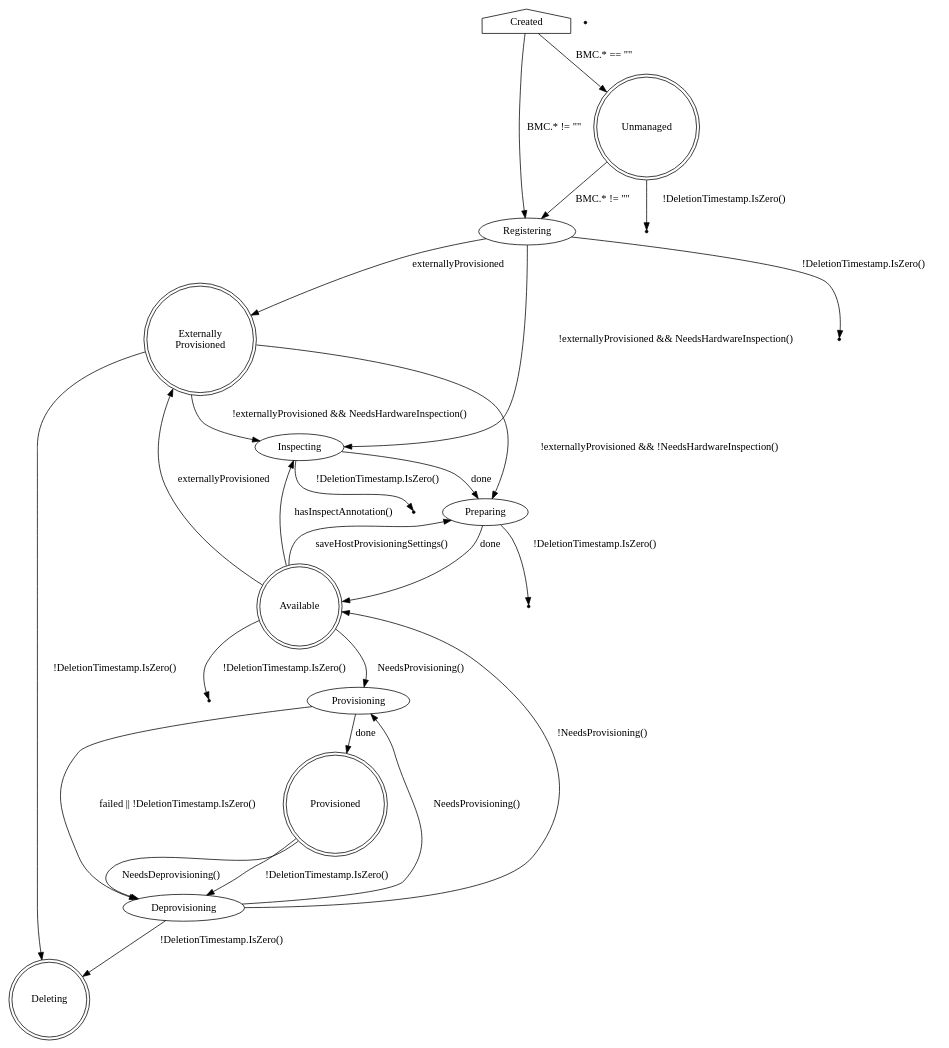
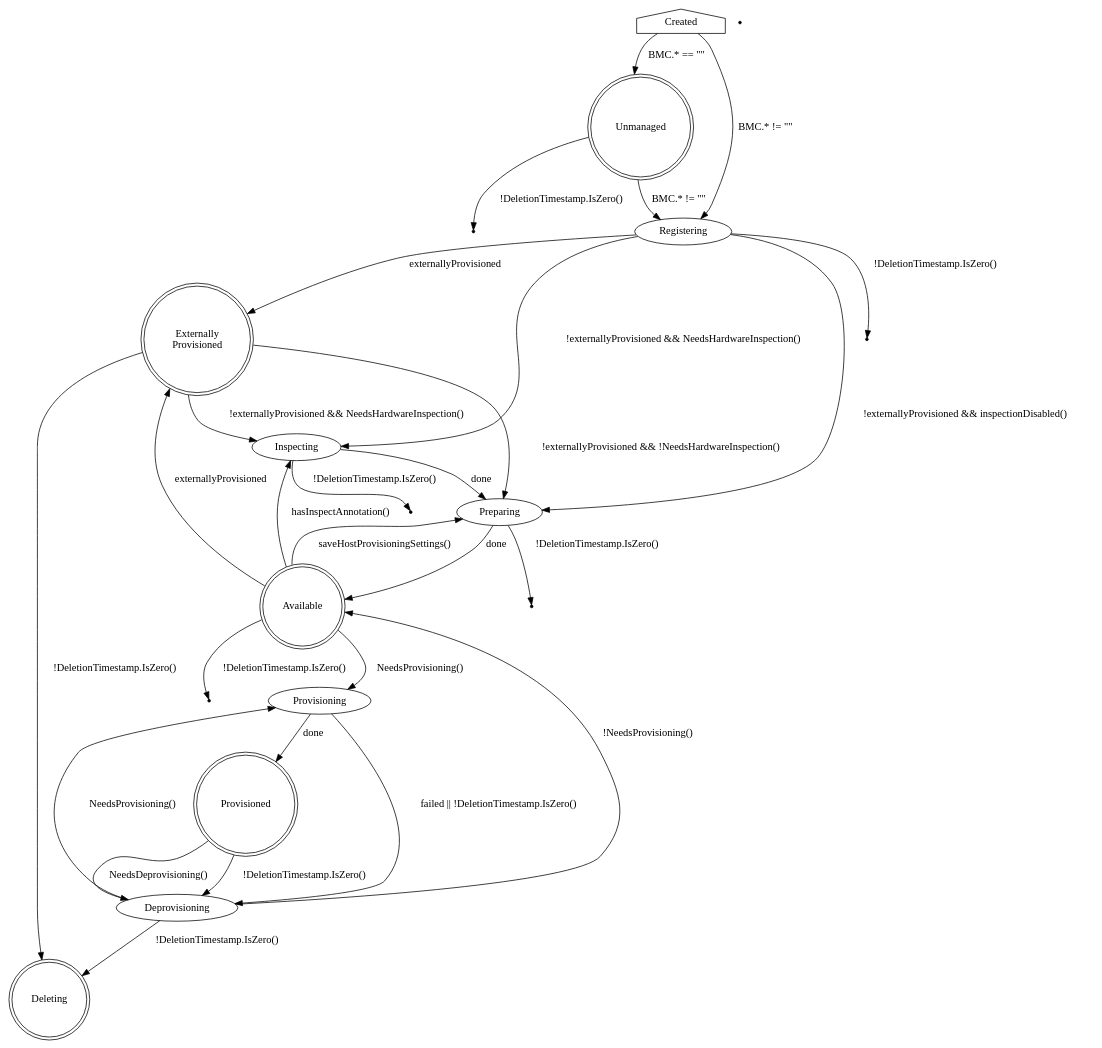
The diagram in docs/BaremetalHost_ProvisioningState.dot (openshift/baremetal-operator), drawn with Graphviz before and after one commit. The commit also changed 3 other files, not shown here.

First line of the commit message:
Skip the inspecting state when inspection is disabled

```diff
--- a/docs/BaremetalHost_ProvisioningState.dot
+++ b/docs/BaremetalHost_ProvisioningState.dot
@@ -1,59 +1,60 @@
 digraph BaremetalHost {
     Created [shape=house]
     Created -> Unmanaged [label="BMC.* == \"\""]
     Created -> Registering [label="BMC.* != \"\""]
 
     Unmanaged [shape=doublecircle]
     Unmanaged -> Registering [label="BMC.* != \"\""]
     Unmanaged -> Deleting1 [label="!DeletionTimestamp.IsZero()"]
 
     Deleting1 [shape=point]
 
     ExternallyProvisioned [label="Externally\nProvisioned"]
 
     Registering -> Inspecting [label="!externallyProvisioned && NeedsHardwareInspection()"]
+    Registering -> Preparing [label="!externallyProvisioned && inspectionDisabled()"]
     Registering -> ExternallyProvisioned [label="externallyProvisioned"]
     Registering -> Deleting2 [label="!DeletionTimestamp.IsZero()"]
 
     Deleting2 [shape=point]
 
     ExternallyProvisioned -> Inspecting [label="!externallyProvisioned && NeedsHardwareInspection()"]
     ExternallyProvisioned -> Preparing [label="!externallyProvisioned && !NeedsHardwareInspection()"]
     Available -> ExternallyProvisioned [label="externallyProvisioned"]
 
     Inspecting -> Preparing [label="done"]
     Inspecting -> Deleting3 [label="!DeletionTimestamp.IsZero()"]
 
     Deleting3 [shape=point]
 
     Deleting5 [shape=point]
 
     Preparing -> Available [label="done"]
     Preparing -> Deleting6 [label="!DeletionTimestamp.IsZero()"]
 
     Deleting6 [shape=point]
 
     Available [shape=doublecircle]
     Available -> Provisioning [label="NeedsProvisioning()"]
     Available -> Preparing [label="saveHostProvisioningSettings()"]
     Available -> Deleting7 [label="!DeletionTimestamp.IsZero()"]
     Available -> Inspecting [label="hasInspectAnnotation()"]
 
     Deleting7 [shape=point]
 
     Provisioning -> Provisioned [label=done]
     Provisioning -> Deprovisioning [label="failed || !DeletionTimestamp.IsZero()"]
 
     Provisioned [shape=doublecircle]
     Provisioned -> Deprovisioning [label="NeedsDeprovisioning()"]
     Provisioned -> Deprovisioning [label="!DeletionTimestamp.IsZero()"]
 
     ExternallyProvisioned [shape=doublecircle]
     ExternallyProvisioned -> Deleting [label="!DeletionTimestamp.IsZero()"]
 
     Deprovisioning -> Provisioning [label="NeedsProvisioning()"]
     Deprovisioning -> Available [label="!NeedsProvisioning()"]
     Deprovisioning -> Deleting [label="!DeletionTimestamp.IsZero()"]
 
     Deleting [shape=doublecircle]
 }
```
